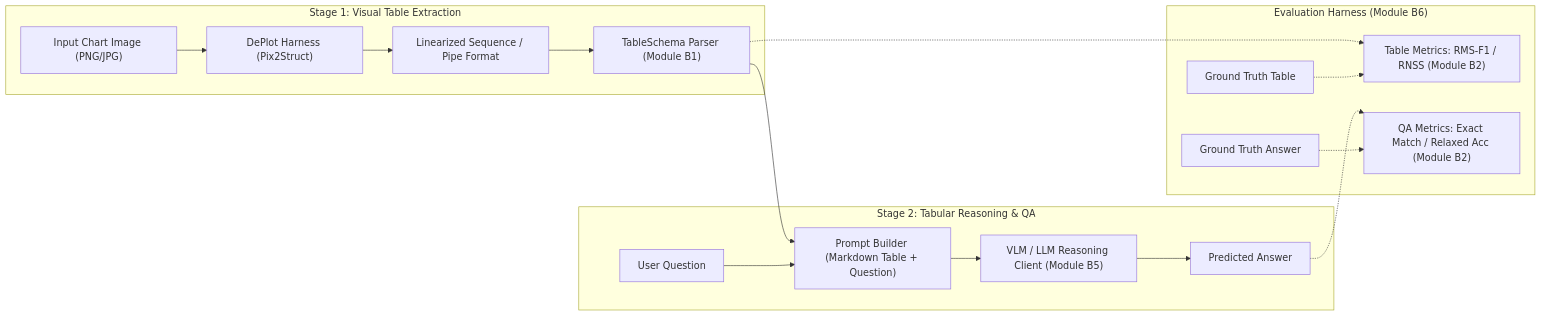
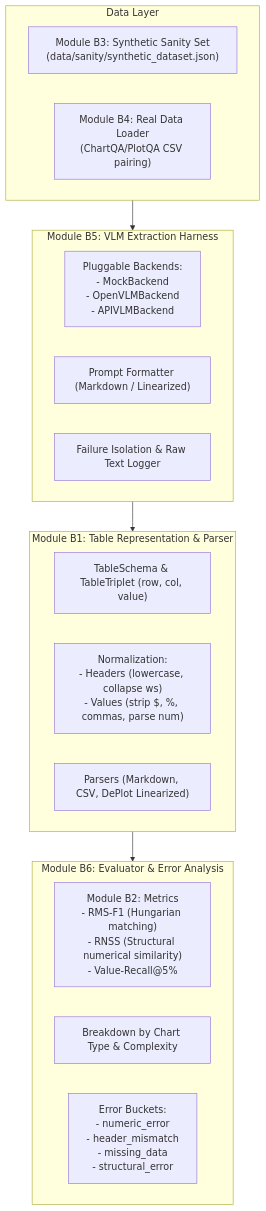
The diagram in README.md (theDoub/HK261-DAGD1-081), drawn with Mermaid before and after one commit. The commit also changed other lines of this file, not shown here.

Commit message:
docs: update README with Modules B1-B6 architecture and execution instructions

````diff
--- a/README.md
+++ b/README.md
@@ -16,22 +13,29 @@
 ```mermaid
-flowchart LR
-    subgraph S1["Stage 1: Visual Table Extraction"]
-        A["Input Chart Image (PNG/JPG)"] --> B["DePlot Harness (Pix2Struct)"]
-        B --> C["Linearized Sequence / Pipe Format"]
-        C --> D["TableSchema Parser (Module B1)"]
+flowchart TD
+    subgraph DataIngestion["Data Layer"]
+        B3["Module B3: Synthetic Sanity Set\n(data/sanity/synthetic_dataset.json)"]
+        B4["Module B4: Real Data Loader\n(ChartQA/PlotQA CSV pairing)"]
     end
 
-    subgraph S2["Stage 2: Tabular Reasoning & QA"]
-        D --> E["Prompt Builder (Markdown Table + Question)"]
-        Q["User Question"] --> E
-        E --> F["VLM / LLM Reasoning Client (Module B5)"]
-        F --> G["Predicted Answer"]
+    subgraph Extraction["Module B5: VLM Extraction Harness"]
+        BH["Pluggable Backends:\n- MockBackend\n- OpenVLMBackend\n- APIVLMBackend"]
+        PR["Prompt Formatter (Markdown / Linearized)"]
+        EH["Failure Isolation & Raw Text Logger"]
     end
 
-    subgraph EV["Evaluation Harness (Module B6)"]
-        D -.-> M1["Table Metrics: RMS-F1 / RNSS (Module B2)"]
-        GT_T["Ground Truth Table"] -.-> M1
-        G -.-> M2["QA Metrics: Exact Match / Relaxed Acc (Module B2)"]
-        GT_A["Ground Truth Answer"] -.-> M2
+    subgraph Representation["Module B1: Table Representation & Parser"]
+        TS["TableSchema & TableTriplet (row, col, value)"]
+        NORM["Normalization:\n- Headers (lowercase, collapse ws)\n- Values (strip $, %, commas, parse num)"]
+        PARS["Parsers (Markdown, CSV, DePlot Linearized)"]
     end
+
+    subgraph Evaluation["Module B6: Evaluator & Error Analysis"]
+        B2["Module B2: Metrics\n- RMS-F1 (Hungarian matching)\n- RNSS (Structural numerical similarity)\n- Value-Recall@5%"]
+        AGG["Breakdown by Chart Type & Complexity"]
+        ERR["Error Buckets:\n- numeric_error\n- header_mismatch\n- missing_data\n- structural_error"]
+    end
+
+    DataIngestion --> Extraction
+    Extraction --> Representation
+    Representation --> Evaluation
 ```
````
